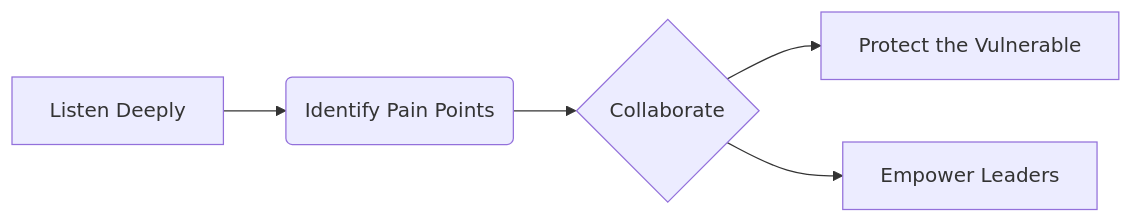
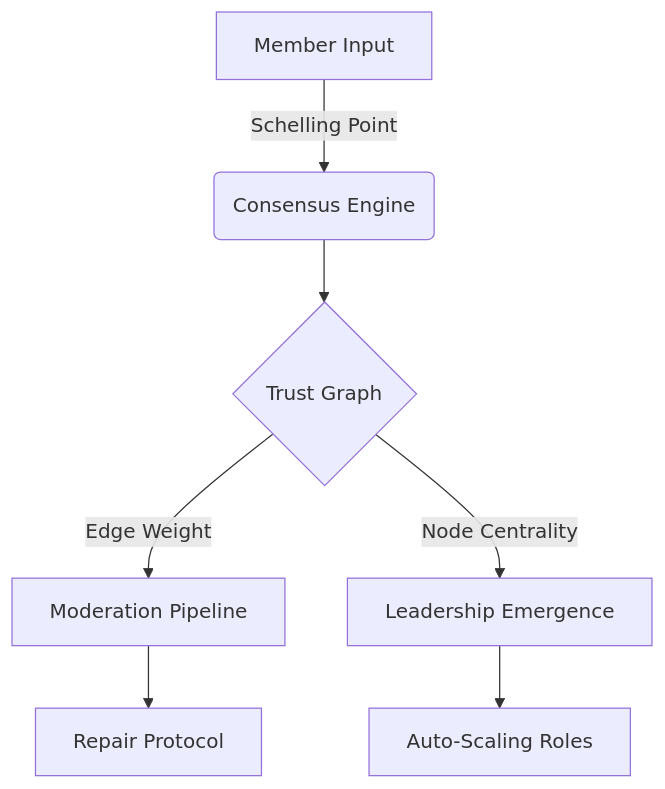
Before and after one commit to troven-team/.github: the diagram in README.md, drawn with Mermaid. The commit also changed other lines of this file, not shown here.

````diff
--- a/README.md
+++ b/README.md
@@ -29,7 +48,9 @@
-```mermaid  
-graph LR  
-  A[Listen Deeply] --> B(Identify Pain Points)  
-  B --> C{Collaborate}  
-  C --> D[Protect the Vulnerable]  
-  C --> E[Empower Leaders]  
+```mermaid
+graph TD
+  A[Member Input] -->|Schelling Point| B(Consensus Engine)
+  B --> C{Trust Graph}
+  C -->|Edge Weight| D[Moderation Pipeline]
+  C -->|Node Centrality| E[Leadership Emergence]
+  D --> F[Repair Protocol]
+  E --> G[Auto-Scaling Roles]
 ```
````
